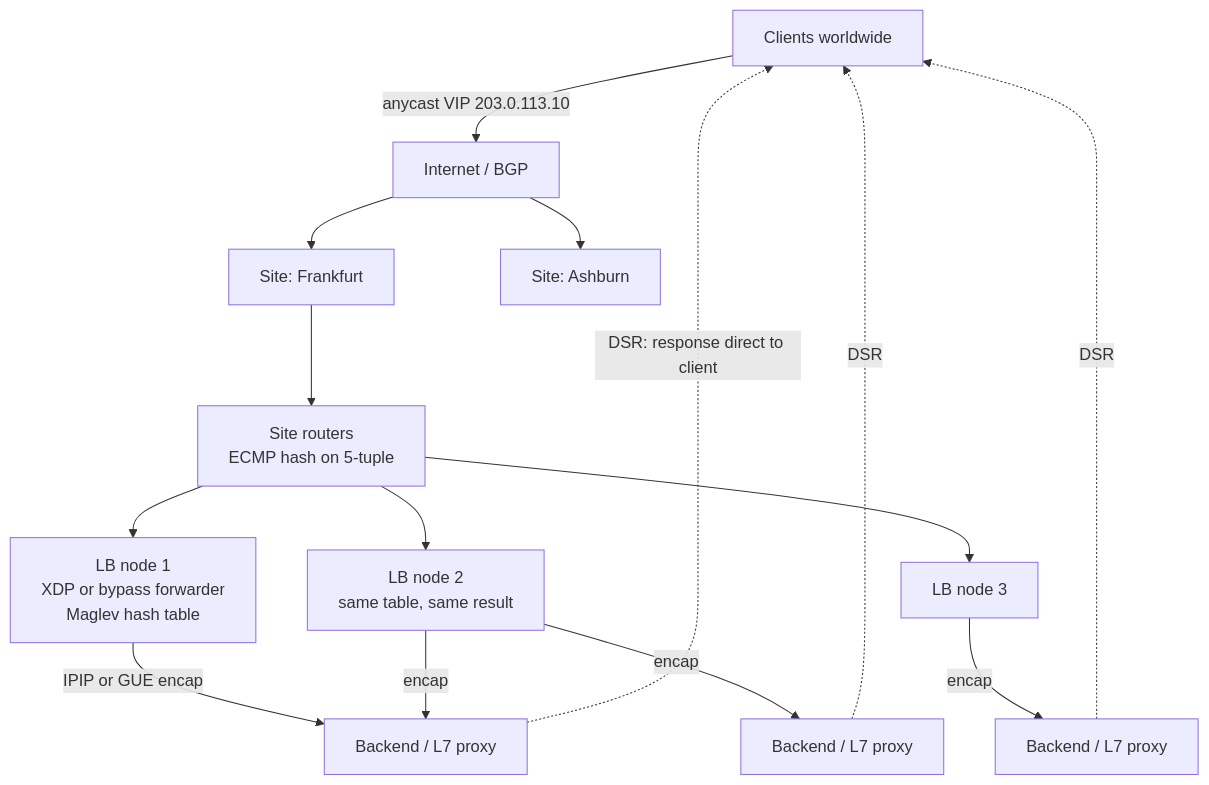
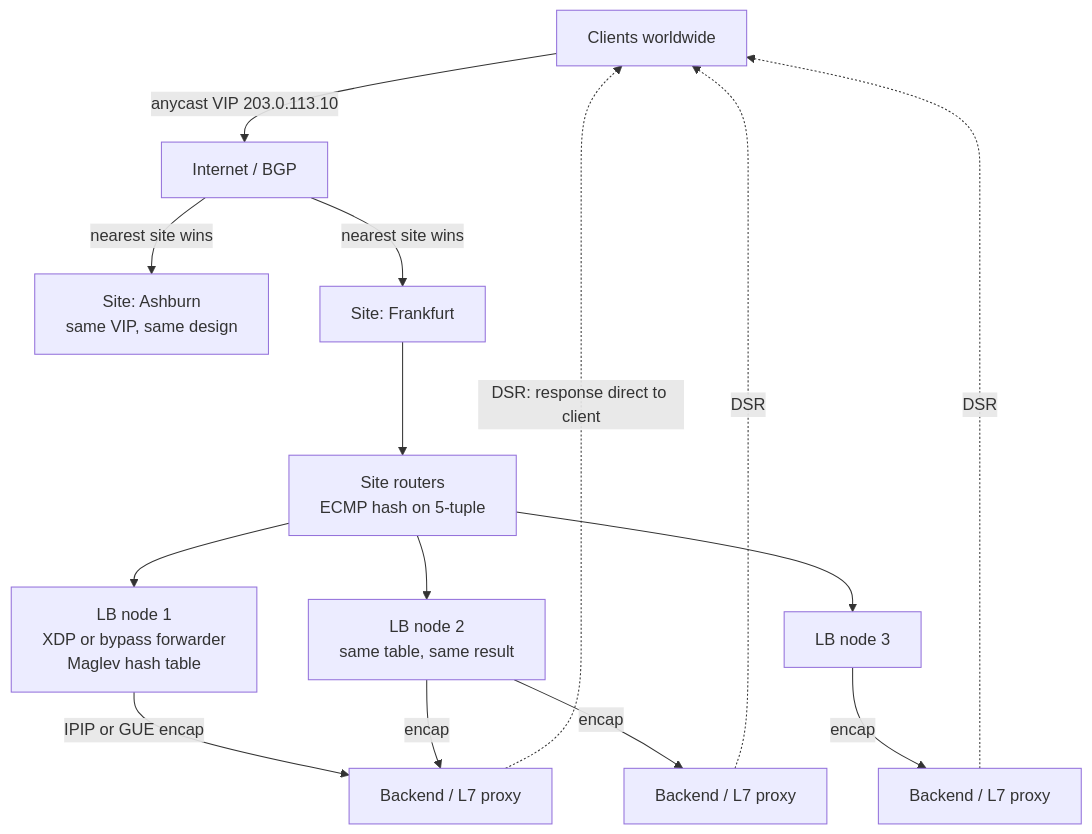
Before and after one commit to bumbsclaw/textbooks: the fifth of 5 diagrams in vol-03-networking/ch09-load-balancing.md, drawn with Mermaid. The commit also changed other lines of this file and 4 other files, not shown here.

````diff
--- a/vol-03-networking/ch09-load-balancing.md
+++ b/vol-03-networking/ch09-load-balancing.md
@@ -838,17 +820,17 @@
 ```mermaid
 flowchart TB
   CL["Clients worldwide"] -->|"anycast VIP 203.0.113.10"| INET["Internet / BGP"]
-  INET --> S1["Site: Frankfurt"]
-  INET --> S2["Site: Ashburn"]
+  INET -->|"nearest site wins"| S2["Site: Ashburn<br/>same VIP, same design"]
+  INET -->|"nearest site wins"| S1["Site: Frankfurt"]
   S1 --> RTR["Site routers<br/>ECMP hash on 5-tuple"]
   RTR --> M1["LB node 1<br/>XDP or bypass forwarder<br/>Maglev hash table"]
   RTR --> M2["LB node 2<br/>same table, same result"]
   RTR --> M3["LB node 3"]
   M1 -->|"IPIP or GUE encap"| BE1["Backend / L7 proxy"]
   M2 -->|"encap"| BE1
   M2 -->|"encap"| BE2["Backend / L7 proxy"]
   M3 -->|"encap"| BE3["Backend / L7 proxy"]
   BE1 -.->|"DSR: response direct to client"| CL
   BE2 -.->|"DSR"| CL
   BE3 -.->|"DSR"| CL
 ```
````
